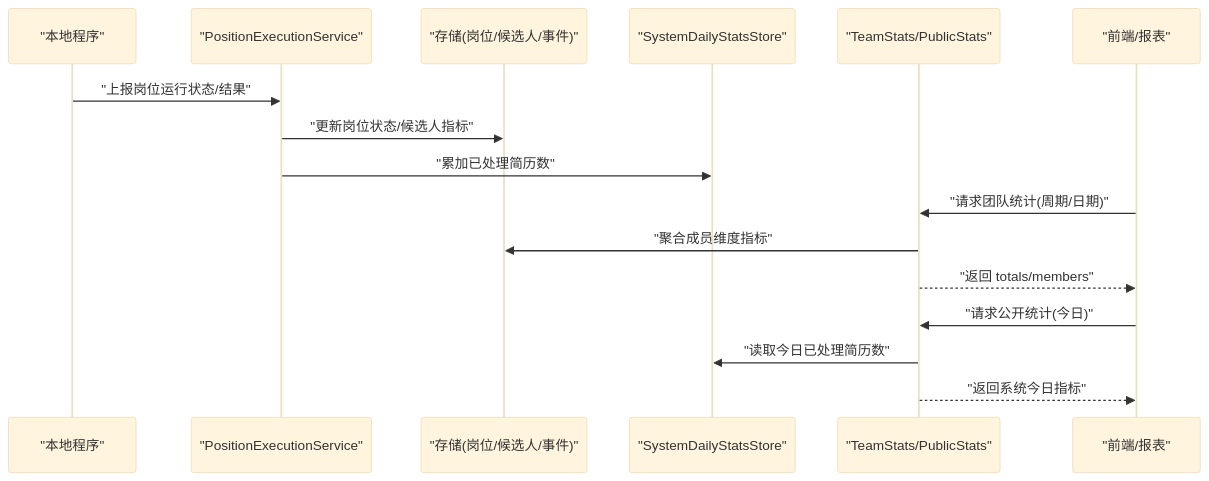
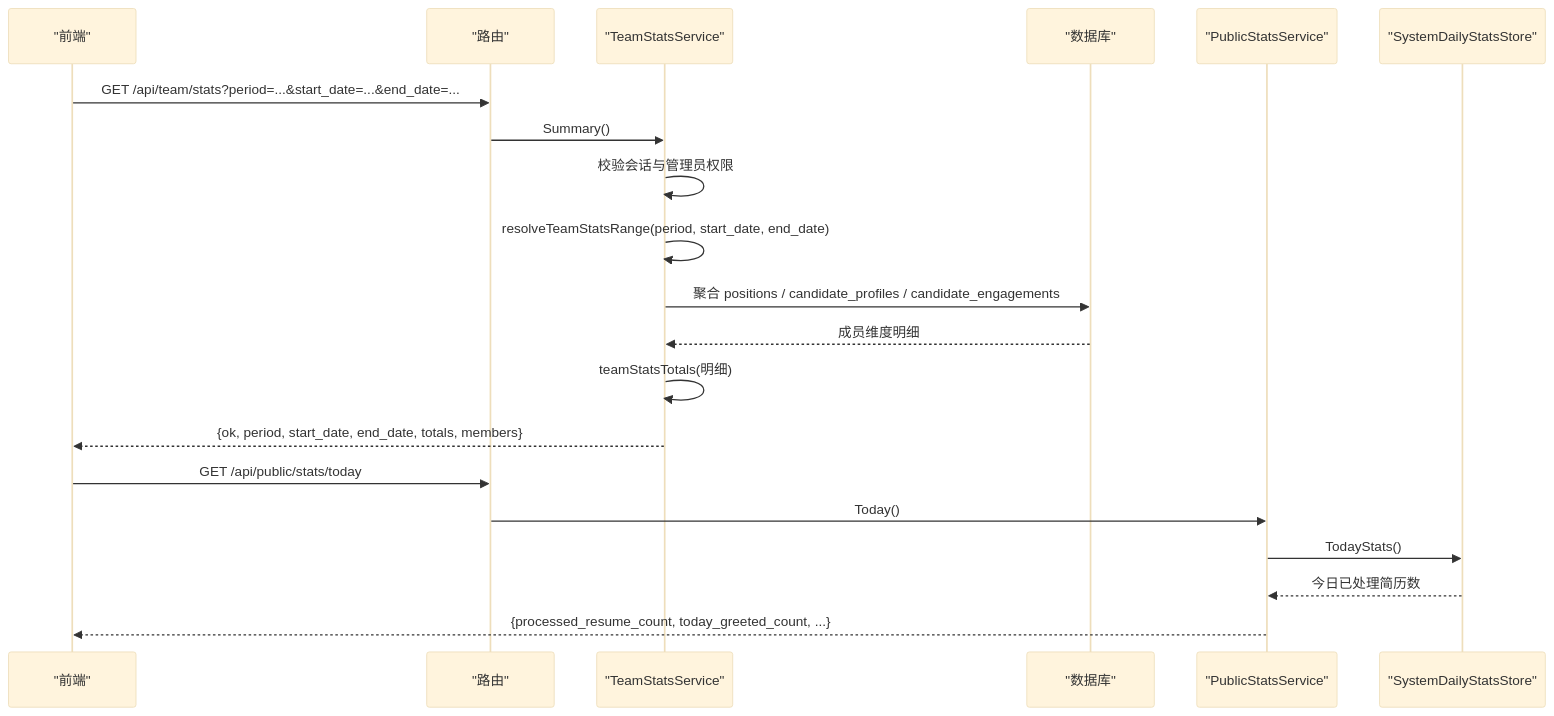
The second of 4 diagrams in .qoder/repowiki/zh/content/API接口文档/云端REST API/管理后台API/团队统计API.md (alvinwangzi/goodhr), drawn with Mermaid (base theme) before and after one commit. The commit also changed other lines of this file and 149 other files, not shown here.

````diff
--- a/.qoder/repowiki/zh/content/API接口文档/云端REST API/管理后台API/团队统计API.md
+++ b/.qoder/repowiki/zh/content/API接口文档/云端REST API/管理后台API/团队统计API.md
@@ -90,18 +73,22 @@
 ```mermaid
 sequenceDiagram
-participant Agent as "本地程序"
-participant Exec as "PositionExecutionService"
-participant Store as "存储(岗位/候选人/事件)"
-participant Daily as "SystemDailyStatsStore"
-participant API as "TeamStats/PublicStats"
-participant Front as "前端/报表"
-Agent->>Exec : "上报岗位运行状态/结果"
-Exec->>Store : "更新岗位状态/候选人指标"
-Exec->>Daily : "累加已处理简历数"
-Front->>API : "请求团队统计(周期/日期)"
-API->>Store : "聚合成员维度指标"
-API-->>Front : "返回 totals/members"
-Front->>API : "请求公开统计(今日)"
-API->>Daily : "读取今日已处理简历数"
-API-->>Front : "返回系统今日指标"
+participant FE as "前端"
+participant RT as "路由"
+participant TS as "TeamStatsService"
+participant DB as "数据库"
+participant PS as "PublicStatsService"
+participant DS as "SystemDailyStatsStore"
+FE->>RT : GET /api/team/stats?period=...&start_date=...&end_date=...
+RT->>TS : Summary()
+TS->>TS : 校验会话与管理员权限
+TS->>TS : resolveTeamStatsRange(period, start_date, end_date)
+TS->>DB : 聚合 positions / candidate_profiles / candidate_engagements
+DB-->>TS : 成员维度明细
+TS->>TS : teamStatsTotals(明细)
+TS-->>FE : {ok, period, start_date, end_date, totals, members}
+FE->>RT : GET /api/public/stats/today
+RT->>PS : Today()
+PS->>DS : TodayStats()
+DS-->>PS : 今日已处理简历数
+PS-->>FE : {processed_resume_count, today_greeted_count, ...}
 ```
````
